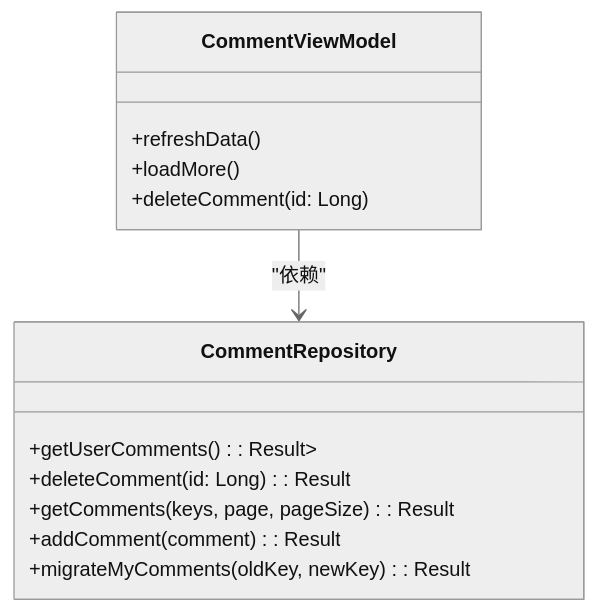
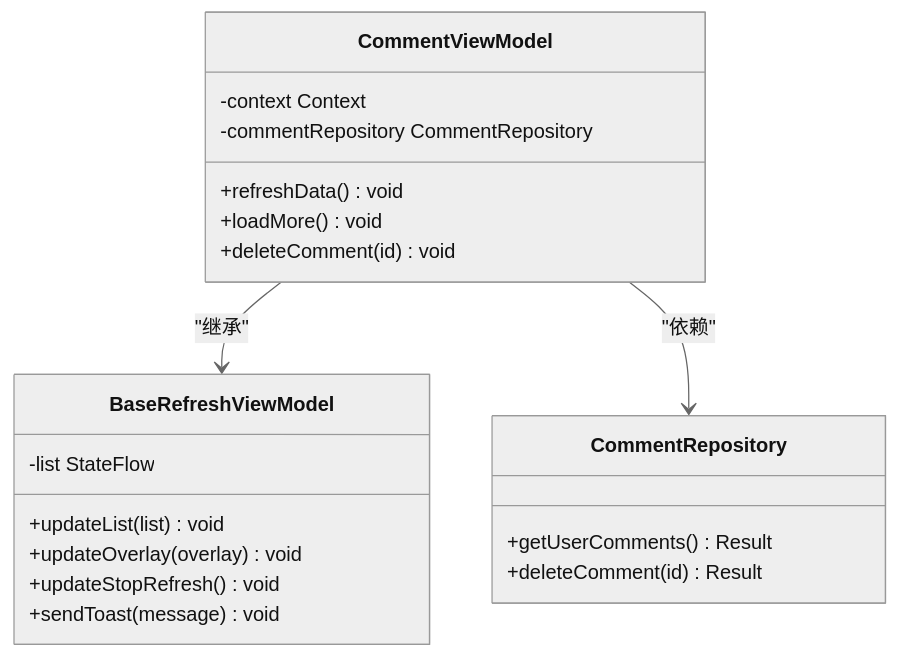
The fourth of 5 diagrams in .qoder/repowiki/zh/content/核心模块/个人中心模块 (module_me)/评论管理功能.md (xrn1997/android-ebook), drawn with Mermaid (neutral theme) before and after one commit. The commit also changed other lines of this file and 456 other files, not shown here.

````diff
--- a/.qoder/repowiki/zh/content/核心模块/个人中心模块 (module_me)/评论管理功能.md
+++ b/.qoder/repowiki/zh/content/核心模块/个人中心模块 (module_me)/评论管理功能.md
@@ -172,16 +158,24 @@
 ```mermaid
 classDiagram
     class CommentViewModel {
-        +refreshData()
-        +loadMore()
-        +deleteComment(id: Long)
+        +refreshData() void
+        +loadMore() void
+        +deleteComment(id) void
+        -context Context
+        -commentRepository CommentRepository
+    }
+    class BaseRefreshViewModel {
+        +updateList(list) void
+        +updateOverlay(overlay) void
+        +updateStopRefresh() void
+        +sendToast(message) void
+        -list StateFlow
     }
     class CommentRepository {
-        +getUserComments(): Result<List<BookComment>>
-        +deleteComment(id: Long): Result<Unit>
-        +getComments(keys, page, pageSize): Result<BookCommentPage>
-        +addComment(comment): Result<BookComment>
-        +migrateMyComments(oldKey, newKey): Result<Int>
+        +getUserComments() Result
+        +deleteComment(id) Result
     }
+
+    CommentViewModel --> BaseRefreshViewModel : "继承"
     CommentViewModel --> CommentRepository : "依赖"
 ```
````
